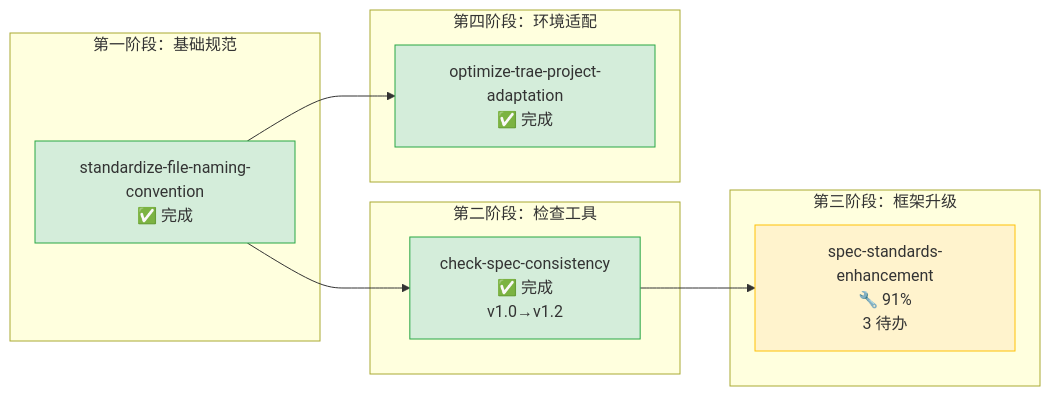
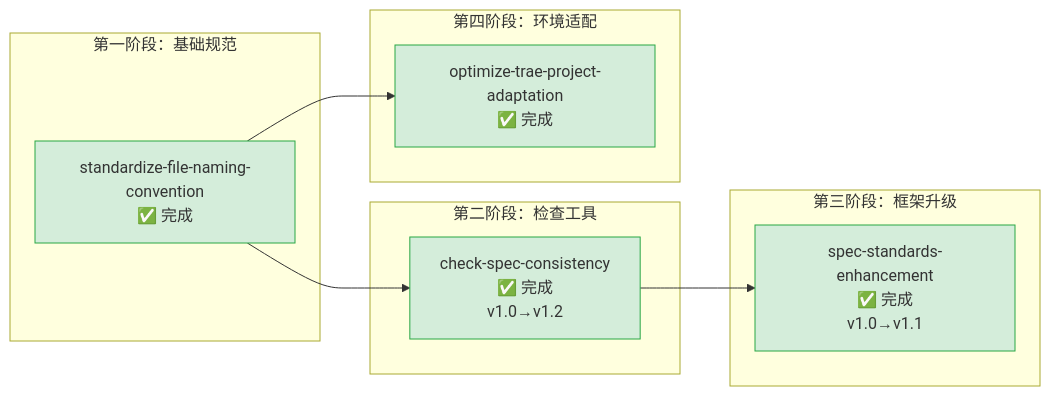
Before and after one commit to xinetzone/SpecWeave: the diagram in .trae/specs/standards-tools/README.md, drawn with Mermaid. The commit also changed other lines of this file and 4 other files, not shown here.

First line of the commit message:
docs(spec-standards): spec-standards-enhancement v1.1 完成，规范文档与实际格式对齐

````diff
--- a/.trae/specs/standards-tools/README.md
+++ b/.trae/specs/standards-tools/README.md
@@ -24,27 +24,27 @@
 ```mermaid
 flowchart LR
     subgraph S1 ["第一阶段：基础规范"]
         SFNC[standardize-file-naming-convention<br>✅ 完成]
     end
 
     subgraph S2 ["第二阶段：检查工具"]
         CSC[check-spec-consistency<br>✅ 完成<br>v1.0→v1.2]
     end
 
     subgraph S3 ["第三阶段：框架升级"]
-        SSE[spec-standards-enhancement<br>🔧 91%<br>3 待办]
+        SSE[spec-standards-enhancement<br>✅ 完成<br>v1.0→v1.1]
     end
 
     subgraph S4 ["第四阶段：环境适配"]
         OTPA[optimize-trae-project-adaptation<br>✅ 完成]
     end
 
     SFNC --> CSC
     CSC --> SSE
     SFNC --> OTPA
 
     style SFNC fill:#d4edda,stroke:#28a745
     style CSC fill:#d4edda,stroke:#28a745
-    style SSE fill:#fff3cd,stroke:#ffc107
+    style SSE fill:#d4edda,stroke:#28a745
     style OTPA fill:#d4edda,stroke:#28a745
 ```
````
